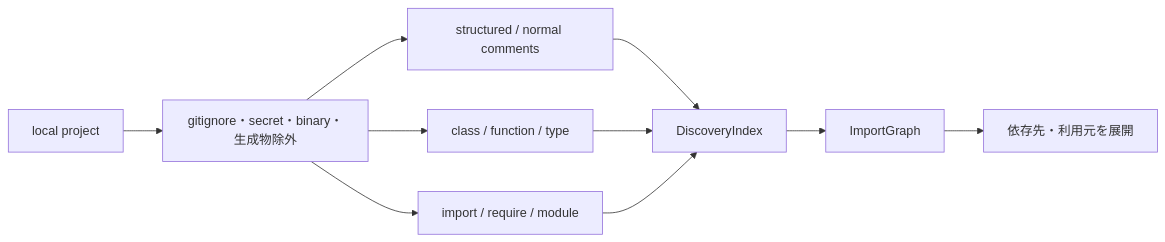
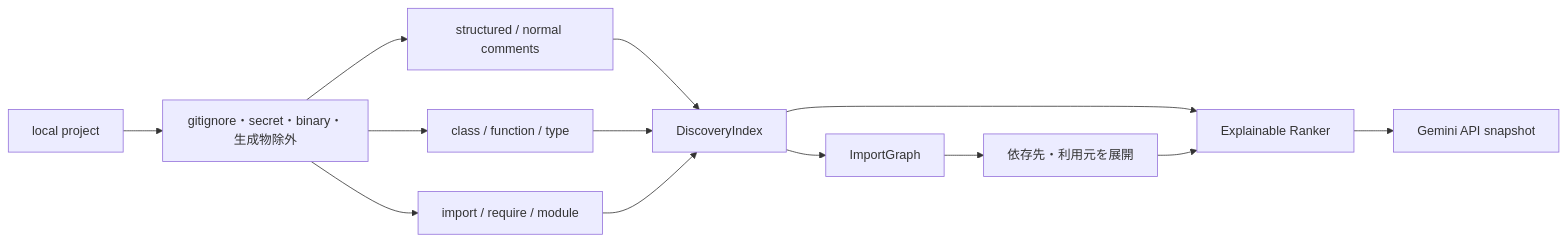
The sixth of 11 diagrams in docs/architecture.md (matsutanishimpei/make-summary), drawn with Mermaid before and after one commit. The commit also changed other lines of this file and 11 other files, not shown here.

Commit message:
feat: add explainable discovery ranking

````diff
--- a/docs/architecture.md
+++ b/docs/architecture.md
@@ -207,12 +207,15 @@
 ```mermaid
 flowchart LR
     Project["local project"] --> Guard["gitignore・secret・binary・生成物除外"]
     Guard --> Comment["structured / normal comments"]
     Guard --> Symbol["class / function / type"]
     Guard --> Import["import / require / module"]
     Comment --> Discovery["DiscoveryIndex"]
     Symbol --> Discovery
     Import --> Discovery
     Discovery --> Graph["ImportGraph"]
     Graph --> Traverse["依存先・利用元を展開"]
+    Discovery --> Rank["Explainable Ranker"]
+    Traverse --> Rank
+    Rank --> Snapshot["Gemini API snapshot"]
 ```
````
